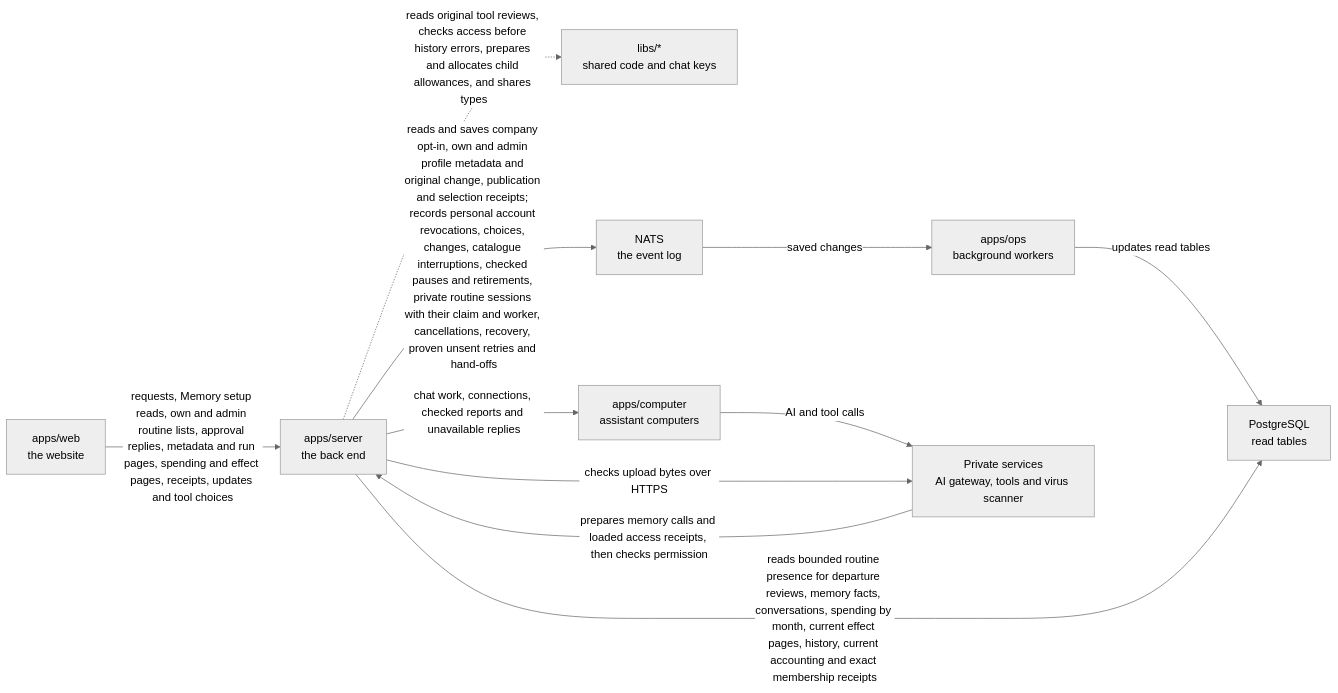
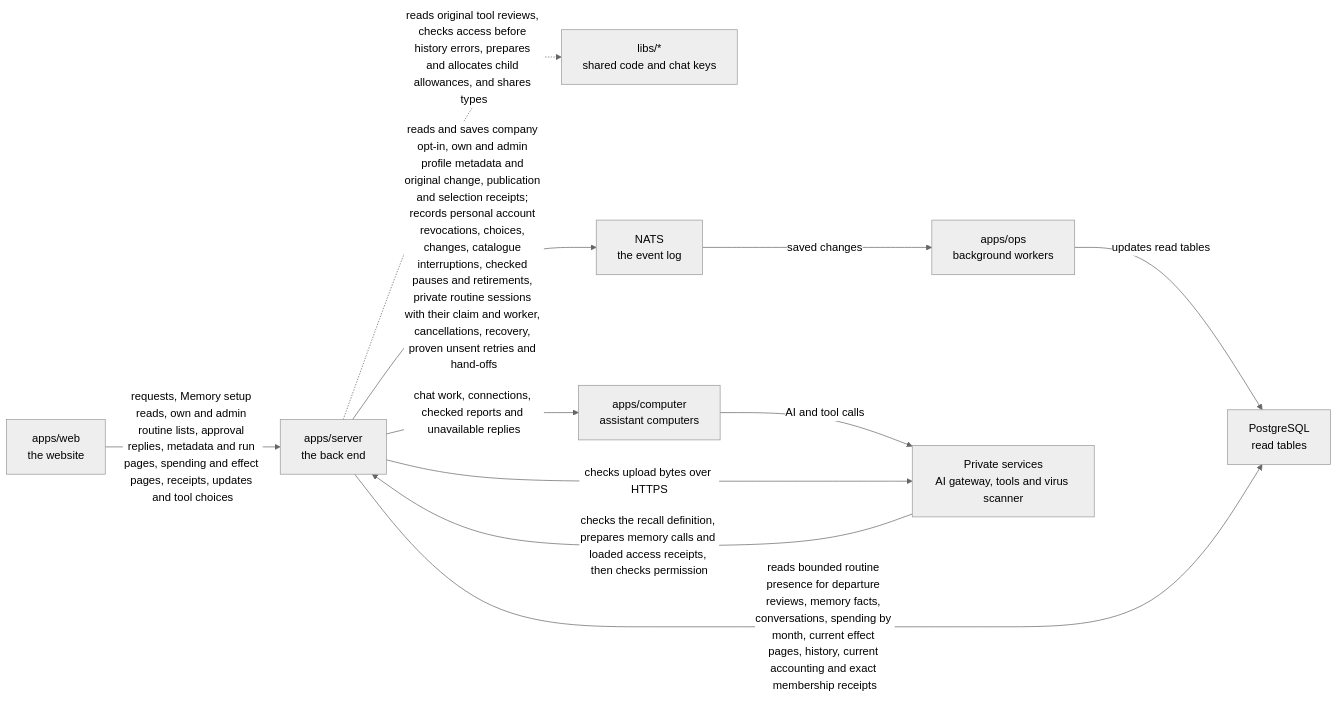
Before and after one commit to elewa-git/opencrane-new: the diagram in apps/server/README.md, drawn with Mermaid (neutral theme). The commit also changed other lines of this file and 7 other files, not shown here.

````diff
--- a/apps/server/README.md
+++ b/apps/server/README.md
@@ -82,13 +82,13 @@
 ```mermaid
 flowchart LR
   web["apps/web<br/>the website"] -->|requests, Memory setup reads, own and admin routine lists, approval replies, metadata and run pages, spending and effect pages, receipts, updates and tool choices| server["apps/server<br/>the back end"]
   server -.->|reads original tool reviews, checks access before history errors, prepares and allocates child allowances, and shares types| libs["libs/*<br/>shared code and chat keys"]
   server -->|reads and saves company opt-in, own and admin profile metadata and original change, publication and selection receipts; records personal account revocations, choices, changes, catalogue interruptions, checked pauses and retirements, private routine sessions with their claim and worker, cancellations, recovery, proven unsent retries and hand-offs| nats["NATS<br/>the event log"]
   nats -->|saved changes| ops["apps/ops<br/>background workers"]
   ops -->|updates read tables| postgres["PostgreSQL<br/>read tables"]
   server -->|reads bounded routine presence for departure reviews, memory facts, conversations, spending by month, current effect pages, history, current accounting and exact membership receipts| postgres
   server -->|chat work, connections, checked reports and unavailable replies| computer["apps/computer<br/>assistant computers"]
   computer -->|AI and tool calls| runtime["Private services<br/>AI gateway, tools and virus scanner"]
   server -->|checks upload bytes over HTTPS| runtime
-  runtime -->|prepares memory calls and loaded access receipts, then checks permission| server
+  runtime -->|checks the recall definition, prepares memory calls and loaded access receipts, then checks permission| server
 ```
````
